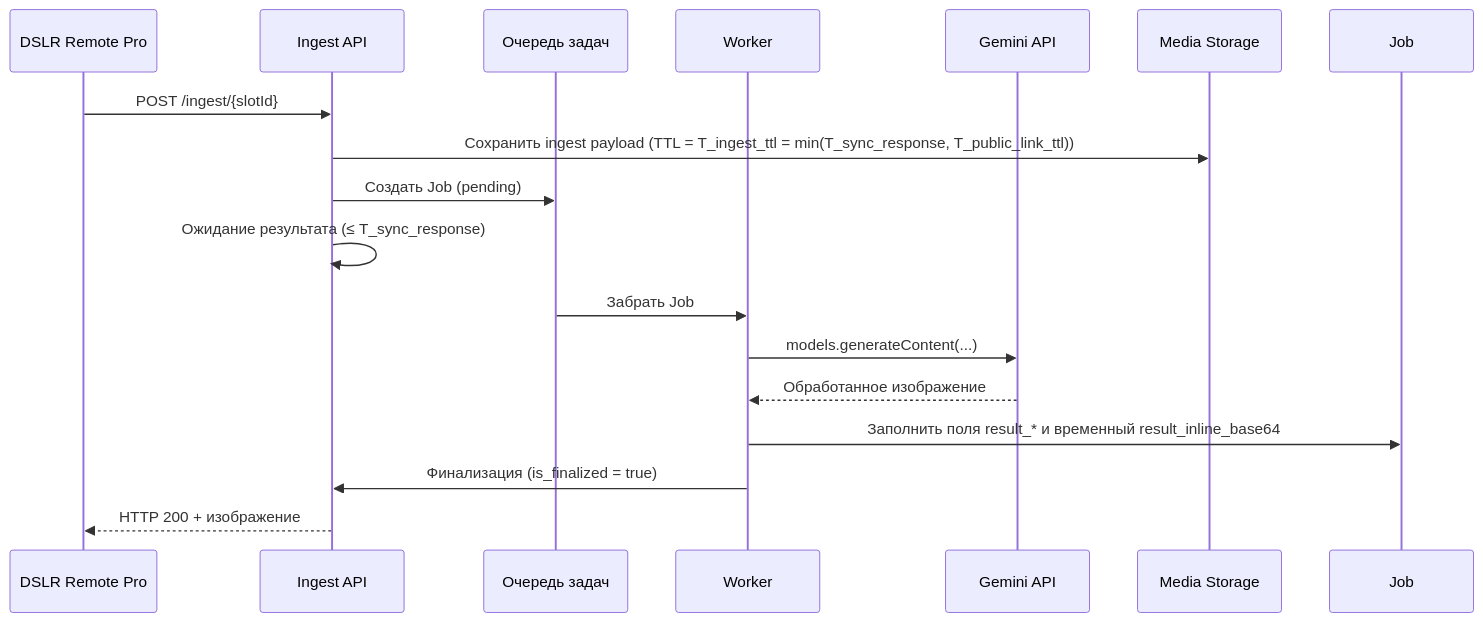
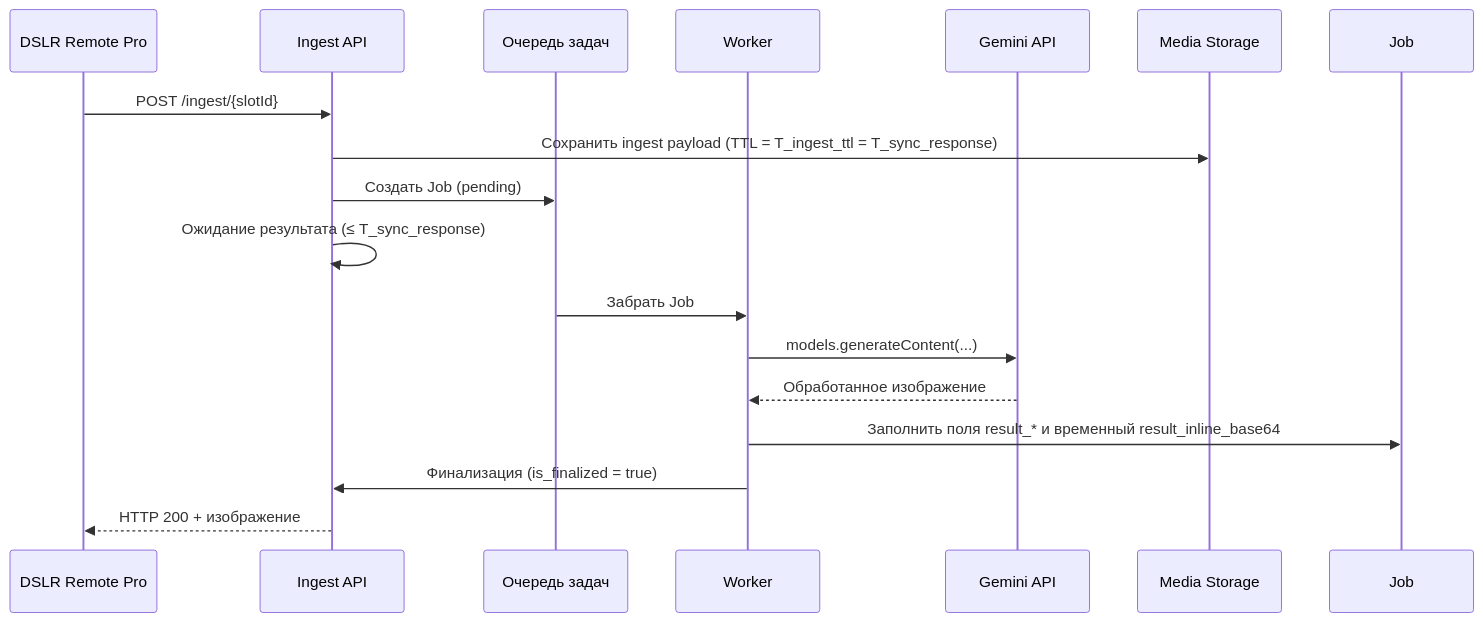
The first of 2 diagrams in spec/docs/blueprints/use-cases.md (nicelight/PhotoChanger_25), drawn with Mermaid before and after one commit. The commit also changed other lines of this file and 15 other files, not shown here.

````diff
--- a/spec/docs/blueprints/use-cases.md
+++ b/spec/docs/blueprints/use-cases.md
@@ -42,20 +42,20 @@
 ```mermaid
 sequenceDiagram
     participant DSLR as DSLR Remote Pro
     participant API as Ingest API
     participant Queue as Очередь задач
     participant Worker as Worker
     participant Gemini as Gemini API
     participant Storage as Media Storage
 
     DSLR->>API: POST /ingest/{slotId}
-    API->>Storage: Сохранить ingest payload (TTL = T_ingest_ttl = min(T_sync_response, T_public_link_ttl))
+    API->>Storage: Сохранить ingest payload (TTL = T_ingest_ttl = T_sync_response)
     API->>Queue: Создать Job (pending)
     API->>API: Ожидание результата (≤ T_sync_response)
     Queue->>Worker: Забрать Job
     Worker->>Gemini: models.generateContent(...)
     Gemini-->>Worker: Обработанное изображение
     Worker->>Job: Заполнить поля result_* и временный result_inline_base64
     Worker->>API: Финализация (is_finalized = true)
     API-->>DSLR: HTTP 200 + изображение
 ```
````
